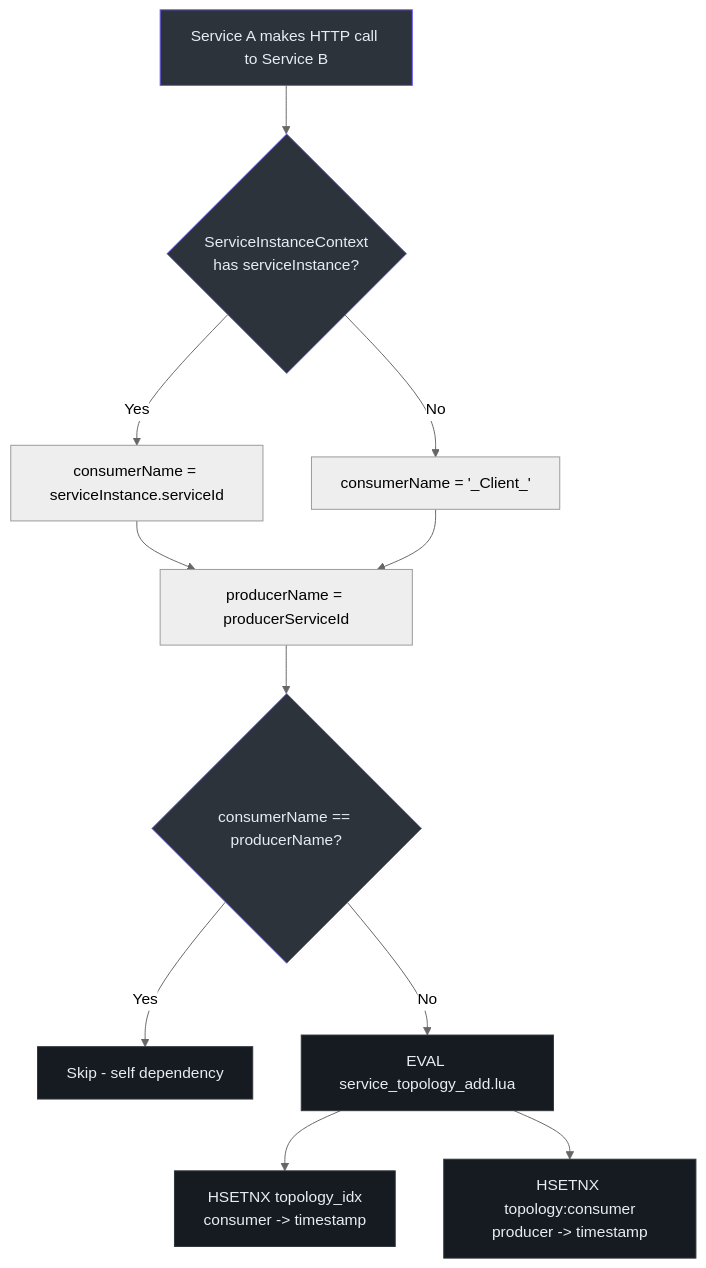
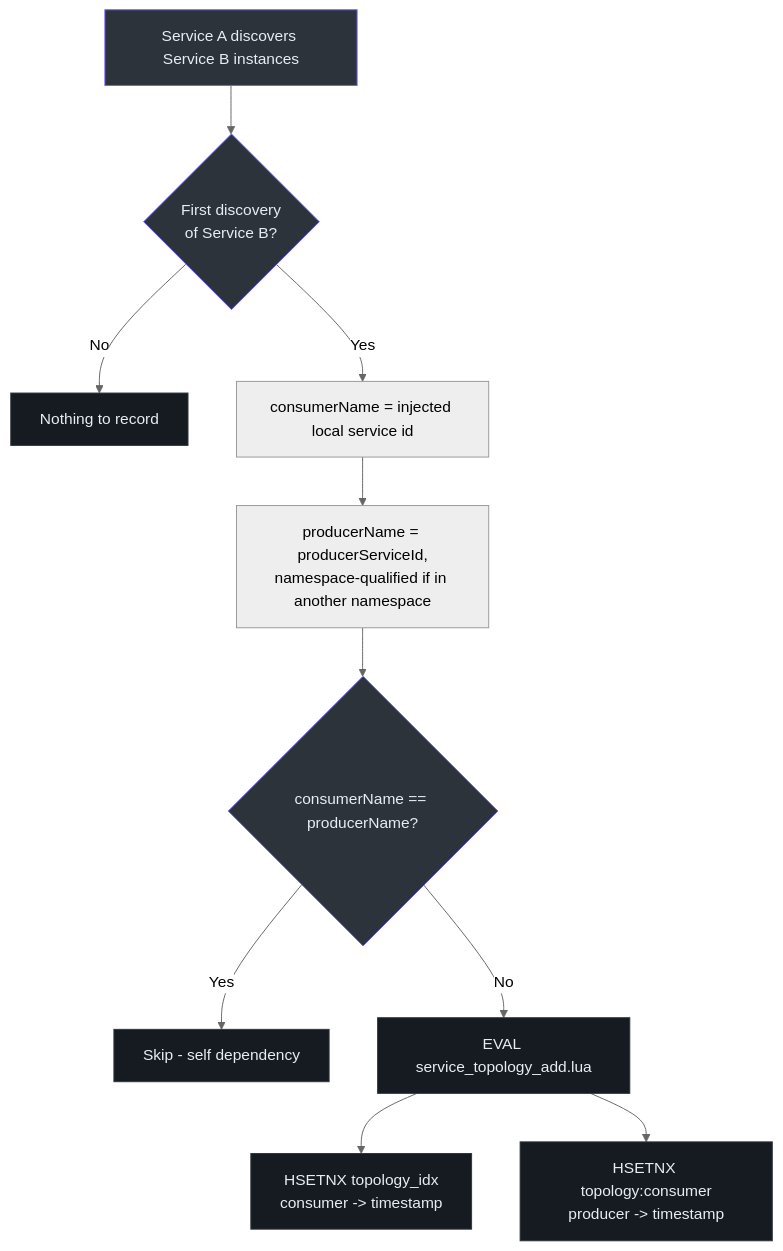
Before and after one commit to Ahoo-Wang/CoSky: the first of 5 diagrams in wiki/guide/service-topology.md, drawn with Mermaid (neutral theme). The commit also changed other lines of this file and 201 other files, not shown here.

First line of the commit message:
Architecture & quality overhaul: consistent caches, Lua modularization, expiry reaping, security hardening (#985)

````diff
--- a/wiki/guide/service-topology.md
+++ b/wiki/guide/service-topology.md
@@ -52,21 +57,21 @@
 ```mermaid
 flowchart TD
-    A[Service A makes HTTP call to Service B] --> B{ServiceInstanceContext<br>has serviceInstance?}
-    B -->|Yes| C[consumerName = serviceInstance.serviceId]
-    B -->|No| D[consumerName = '_Client_']
-    C --> E[producerName = producerServiceId]
-    D --> E
+    A[Service A discovers Service B instances] --> B{First discovery<br>of Service B?}
+    B -->|No| Z[Nothing to record]
+    B -->|Yes| C[consumerName = injected local service id]
+    C --> E[producerName = producerServiceId,<br>namespace-qualified if in another namespace]
     E --> F{consumerName == producerName?}
     F -->|Yes| G[Skip - self dependency]
     F -->|No| H[EVAL service_topology_add.lua]
     H --> I[HSETNX topology_idx<br>consumer -> timestamp]
     H --> J[HSETNX topology:consumer<br>producer -> timestamp]
 
     style A fill:#2d333b,stroke:#6d5dfc,color:#e6edf3
     style B fill:#2d333b,stroke:#6d5dfc,color:#e6edf3
+    style Z fill:#161b22,stroke:#30363d,color:#e6edf3
     style F fill:#2d333b,stroke:#6d5dfc,color:#e6edf3
     style G fill:#161b22,stroke:#30363d,color:#e6edf3
     style H fill:#161b22,stroke:#30363d,color:#e6edf3
     style I fill:#161b22,stroke:#30363d,color:#e6edf3
     style J fill:#161b22,stroke:#30363d,color:#e6edf3
 ```
````
